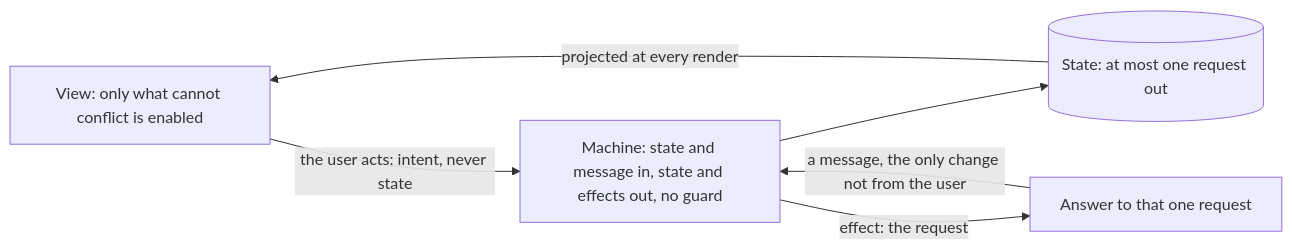
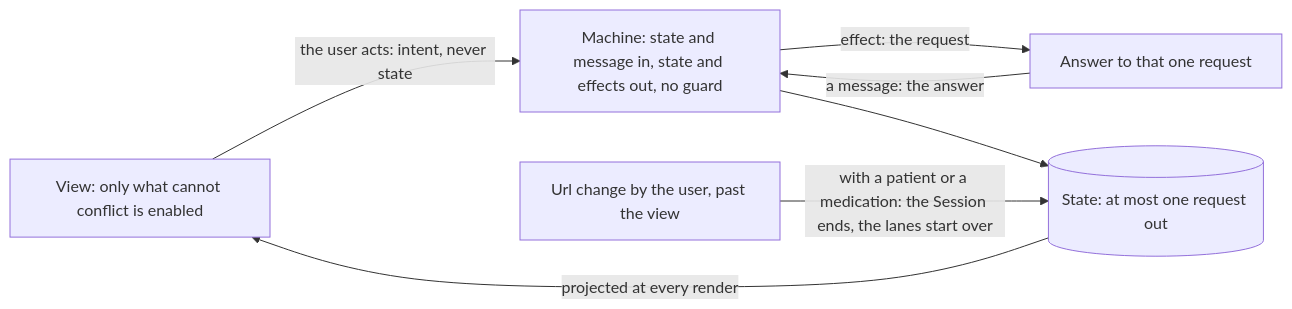
Before and after one commit to informedica/GenPRES: the diagram in docs/implementation-plans/1224-the-order-machines-simplified.md, drawn with Mermaid. The commit also changed other lines of this file, not shown here.

````diff
--- a/docs/implementation-plans/1224-the-order-machines-simplified.md
+++ b/docs/implementation-plans/1224-the-order-machines-simplified.md
@@ -23,13 +32,15 @@
 ```mermaid
 flowchart LR
     View["View: only what cannot conflict is enabled"]
     Machine["Machine: state and message in, state and effects out, no guard"]
     State[("State: at most one request out")]
     Answer["Answer to that one request"]
+    Url["Url change by the user, past the view"]
 
     View -- "the user acts: intent, never state" --> Machine
+    Machine -- "effect: the request" --> Answer
+    Answer -- "a message: the answer" --> Machine
     Machine --> State
+    Url -- "with a patient or a medication: the Session ends, the lanes start over" --> State
     State -- "projected at every render" --> View
-    Machine -- "effect: the request" --> Answer
-    Answer -- "a message, the only change not from the user" --> Machine
 ```
````
